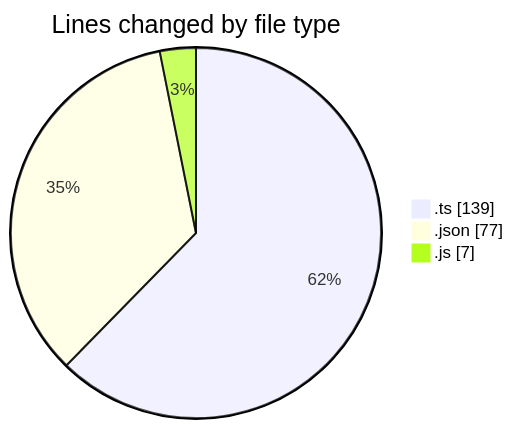
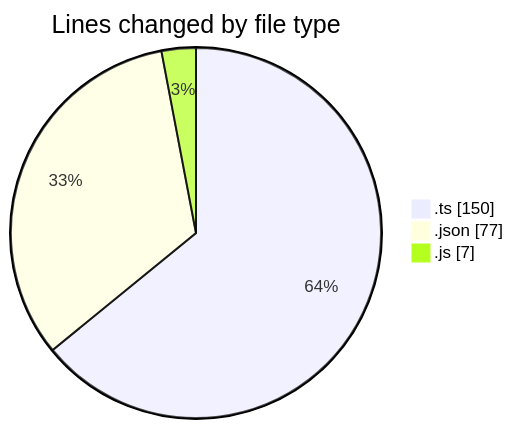
Before and after one commit to igalym/code-tracking: the first of 2 diagrams in 2026-03-02/typescript/README.md, drawn with Mermaid. The commit also changed other lines of this file and 1 other file, not shown here.

````diff
--- a/2026-03-02/typescript/README.md
+++ b/2026-03-02/typescript/README.md
@@ -24,7 +24,7 @@
 ```mermaid
 pie showData
 title Lines changed by file type
-".ts" : 139
+".ts" : 150
 ".json" : 77
 ".js" : 7
 ```
````
